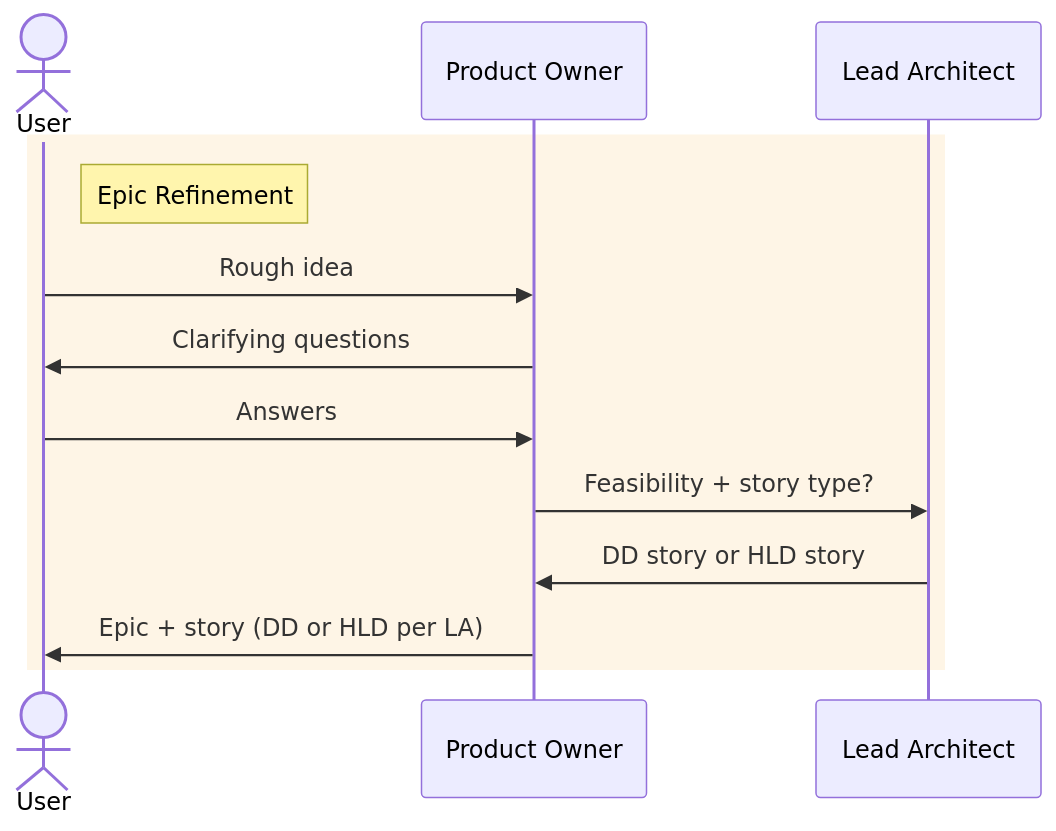
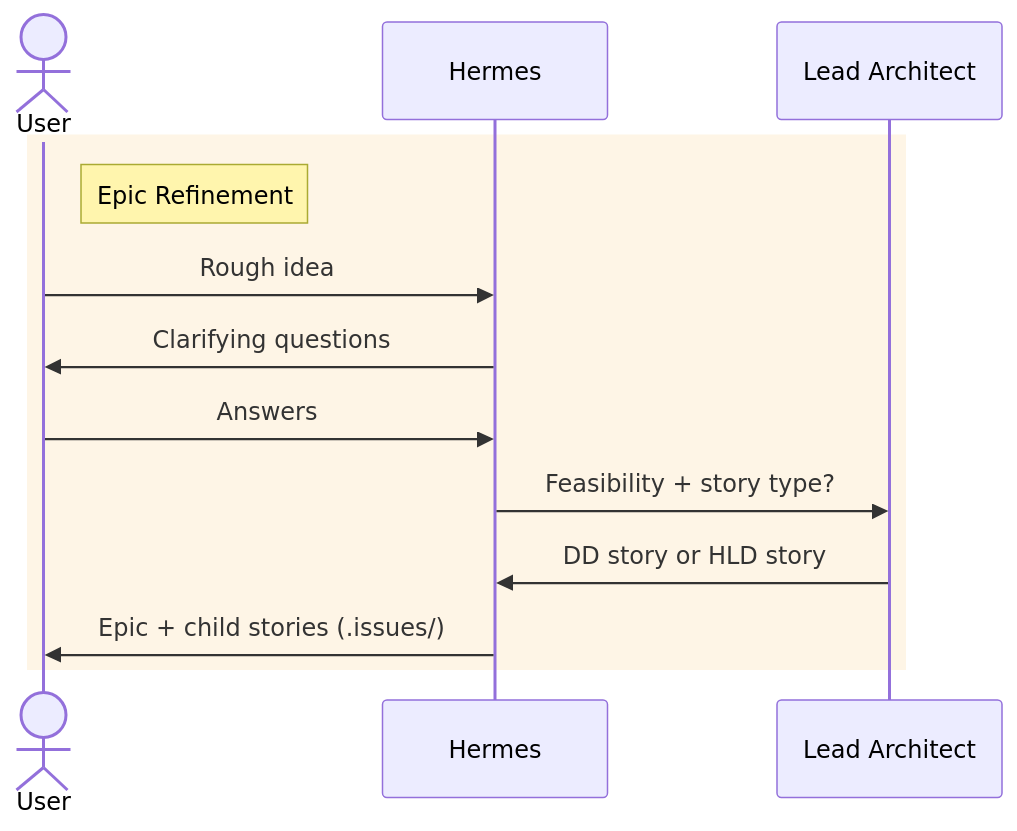
Before and after one commit to dragoscirjan/opencode-config: the second of 6 diagrams in README.md, drawn with Mermaid. The commit also changed other lines of this file and 78 other files, not shown here.

````diff
--- a/README.md
+++ b/README.md
@@ -108,16 +124,16 @@
 ```mermaid
 sequenceDiagram
     actor User
-    participant PO as Product Owner
+    participant H as Hermes
     participant LA as Lead Architect
 
     rect rgb(245, 158, 11, 0.1)
     note right of User: Epic Refinement
-    User->>PO: Rough idea
-    PO->>User: Clarifying questions
-    User->>PO: Answers
-    PO->>LA: Feasibility + story type?
-    LA->>PO: DD story or HLD story
-    PO->>User: Epic + story (DD or HLD per LA)
+    User->>H: Rough idea
+    H->>User: Clarifying questions
+    User->>H: Answers
+    H->>LA: Feasibility + story type?
+    LA->>H: DD story or HLD story
+    H->>User: Epic + child stories (.issues/)
     end
 ```
````
